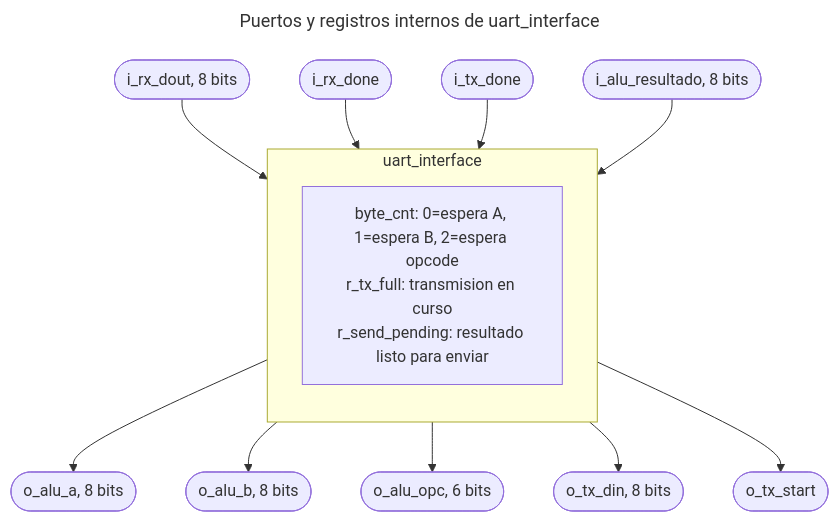
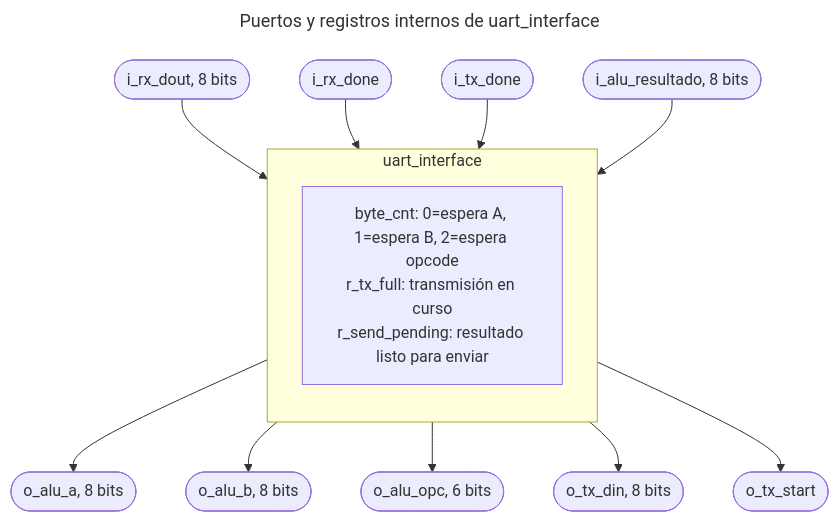
The seventh of 8 diagrams in TP2/README.md (nicopinera/tps-arqui), drawn with Mermaid before and after one commit. The commit also changed other lines of this file, not shown here.

````diff
--- a/TP2/README.md
+++ b/TP2/README.md
@@ -329,21 +329,21 @@
 ```mermaid
 ---
 title: Puertos y registros internos de uart_interface
 ---
 flowchart TB
     RXD([i_rx_dout, 8 bits]) --> INTF
     RXDONE([i_rx_done]) --> INTF
     TXDONE([i_tx_done]) --> INTF
     ALURES([i_alu_resultado, 8 bits]) --> INTF
 
     subgraph INTF["uart_interface"]
         direction TB
-        REG["byte_cnt: 0=espera A, 1=espera B, 2=espera opcode<br/>r_tx_full: transmision en curso<br/>r_send_pending: resultado listo para enviar"]
+        REG["byte_cnt: 0=espera A, 1=espera B, 2=espera opcode<br/>r_tx_full: transmisión en curso<br/>r_send_pending: resultado listo para enviar"]
     end
 
     INTF --> ALUA([o_alu_a, 8 bits])
     INTF --> ALUB([o_alu_b, 8 bits])
     INTF --> ALUOPC([o_alu_opc, 6 bits])
     INTF --> TXDIN([o_tx_din, 8 bits])
     INTF --> TXSTART([o_tx_start])
 ```
````
